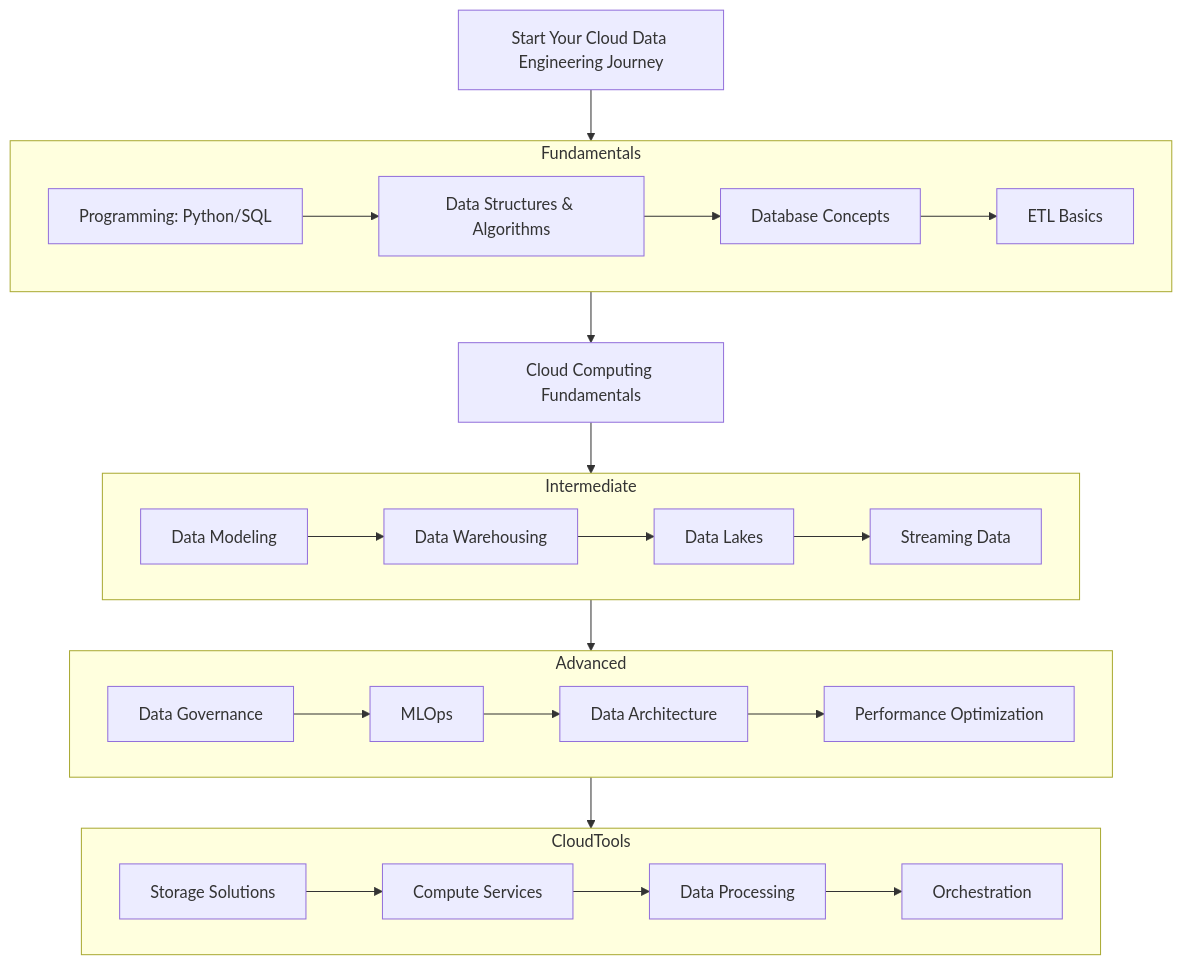
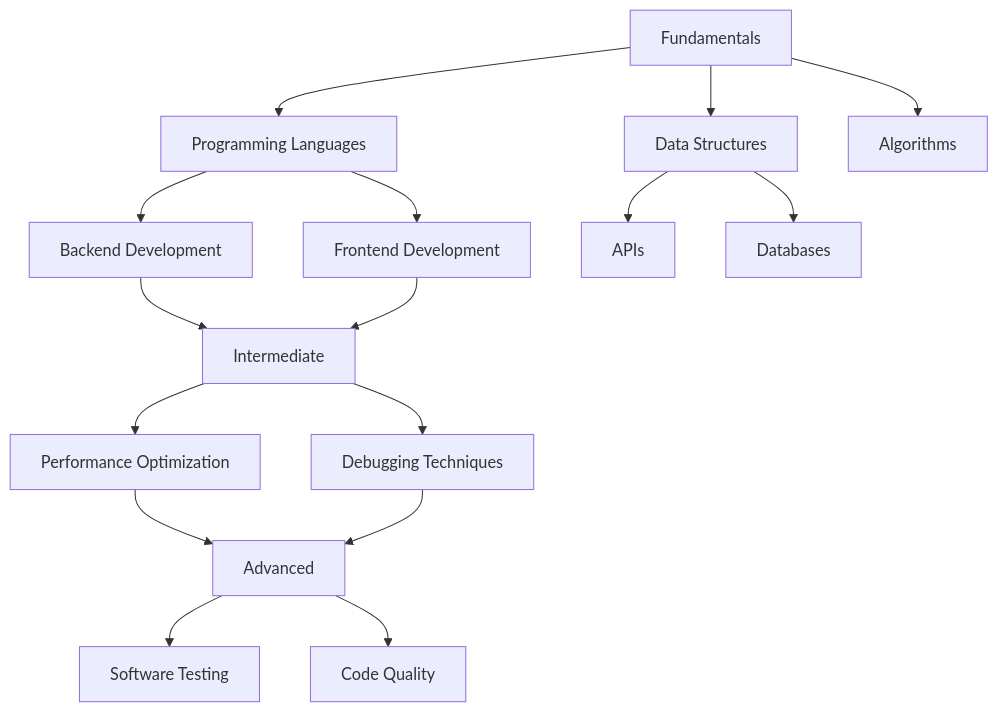
Before and after one commit to DAMG7245-Team-2/hackathon: the third of 4 diagrams in README.md, drawn with Mermaid. The commit also changed other lines of this file, not shown here.

````diff
--- a/README.md
+++ b/README.md
@@ -46,36 +248,22 @@
 ```mermaid
 flowchart TD
-    Start[Start Your Cloud Data Engineering Journey] --> Fundamentals
+    A[Fundamentals] --> B[Programming Languages]
+    A --> C[Data Structures]
+    A --> D[Algorithms]
+    B --> E[Backend Development]
+    B --> F[Frontend Development]
+    C --> G[APIs]
+    C --> H[Databases]
 
-    subgraph Fundamentals
-    F1[Programming: Python/SQL] --> F2[Data Structures & Algorithms]
-    F2 --> F3[Database Concepts]
-    F3 --> F4[ETL Basics]
-    end
+    E --> I[Intermediate]
+    F --> I[Intermediate]
 
-    Fundamentals --> CloudBasics[Cloud Computing Fundamentals]
+    I --> J[Performance Optimization]
+    I --> K[Debugging Techniques]
 
-    subgraph Intermediate
-    I1[Data Modeling] --> I2[Data Warehousing]
-    I2 --> I3[Data Lakes]
-    I3 --> I4[Streaming Data]
-    end
+    J --> L[Advanced]
+    K --> L[Advanced]
 
-    CloudBasics --> Intermediate
-
-    subgraph Advanced
-    A1[Data Governance] --> A2[MLOps]
-    A2 --> A3[Data Architecture]
-    A3 --> A4[Performance Optimization]
-    end
-
-    Intermediate --> Advanced
-
-    subgraph CloudTools
-    CT1[Storage Solutions] --> CT2[Compute Services]
-    CT2 --> CT3[Data Processing]
-    CT3 --> CT4[Orchestration]
-    end
-
-    Advanced --> CloudTools
+    L --> M[Software Testing]
+    L --> N[Code Quality]
 ```
````
